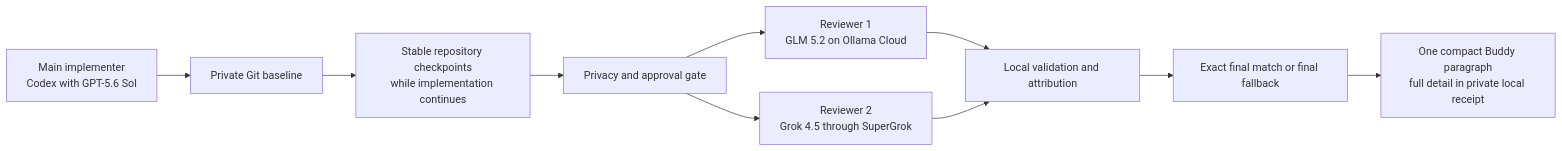
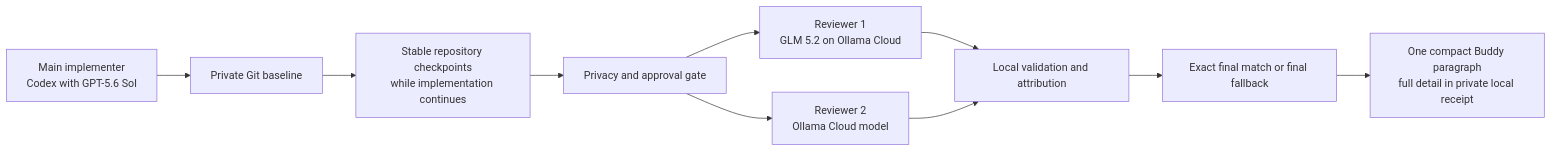
Before and after one commit to pnascimento9596/codex-buddy-reviewer: the first of 3 diagrams in README.md, drawn with Mermaid. The commit also changed other lines of this file and 7 other files, not shown here.

````diff
--- a/README.md
+++ b/README.md
@@ -98,12 +98,12 @@
 ```mermaid
 flowchart LR
     I["Main implementer<br/>Codex with GPT-5.6 Sol"] --> B["Private Git baseline"]
     B --> C["Stable repository checkpoints<br/>while implementation continues"]
     C --> G["Privacy and approval gate"]
     G --> R1["Reviewer 1<br/>GLM 5.2 on Ollama Cloud"]
-    G --> R2["Reviewer 2<br/>Grok 4.5 through SuperGrok"]
+    G --> R2["Reviewer 2<br/>Ollama Cloud model"]
     R1 --> V["Local validation and attribution"]
     R2 --> V
     V --> F["Exact final match or final fallback"]
     F --> O["One compact Buddy paragraph<br/>full detail in private local receipt"]
 ```
````
